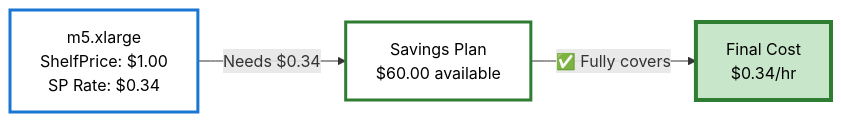
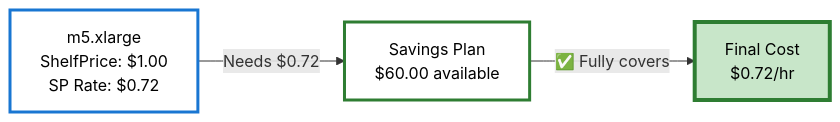
One commit to Nextdoor/lumina changed the fourth of 9 diagrams in ALGORITHM.md. Above: the diagram before and after it, drawn with Mermaid. The commit also changed other lines of this file and 24 other files, not shown here.

````diff
--- a/ALGORITHM.md
+++ b/ALGORITHM.md
@@ -272,13 +272,13 @@
 ```mermaid
 flowchart LR
-    I1["m5.xlarge<br/>ShelfPrice: $1.00<br/>SP Rate: $0.34"]
+    I1["m5.xlarge<br/>ShelfPrice: $1.00<br/>SP Rate: $0.72"]
     SP1["Savings Plan<br/>$60.00 available"]
-    Result["Final Cost<br/>$0.34/hr"]
+    Result["Final Cost<br/>$0.72/hr"]
 
-    I1 -->|"Needs $0.34"| SP1
+    I1 -->|"Needs $0.72"| SP1
     SP1 -->|"✅ Fully covers"| Result
 
     style I1 fill:#fff,stroke:#1976d2,stroke-width:3px,color:#000
     style SP1 fill:#fff,stroke:#2e7d32,stroke-width:3px,color:#000
     style Result fill:#c8e6c9,stroke:#2e7d32,stroke-width:4px,color:#000
 ```
````
